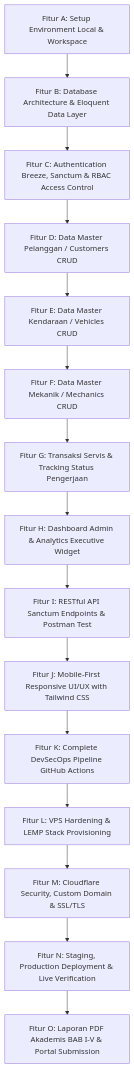
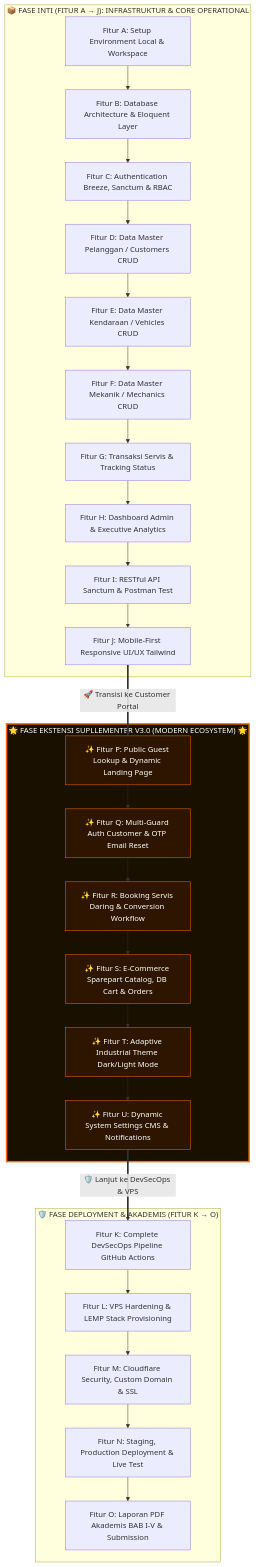
One commit to radityobw/SIBENGKEL changed the second of 3 diagrams in README.md. Above: the diagram before and after it, drawn with Mermaid. The commit also changed other lines of this file and 49 other files, not shown here.

First line of the commit message:
feat(ui/docs): implement adaptive dark mode, center admin forms & update PRD suplementer and README v3.0

````diff
--- a/README.md
+++ b/README.md
@@ -81,17 +128,51 @@
 ```mermaid
 flowchart TD
-    FiturA[Fitur A: Setup Environment Local & Workspace] --> FiturB[Fitur B: Database Architecture & Eloquent Data Layer]
-    FiturB --> FiturC[Fitur C: Authentication Breeze, Sanctum & RBAC Access Control]
-    FiturC --> FiturD[Fitur D: Data Master Pelanggan / Customers CRUD]
-    FiturD --> FiturE[Fitur E: Data Master Kendaraan / Vehicles CRUD]
-    FiturE --> FiturF[Fitur F: Data Master Mekanik / Mechanics CRUD]
-    FiturF --> FiturG[Fitur G: Transaksi Servis & Tracking Status Pengerjaan]
-    FiturG --> FiturH[Fitur H: Dashboard Admin & Analytics Executive Widget]
-    FiturH --> FiturI[Fitur I: RESTful API Sanctum Endpoints & Postman Test]
-    FiturI --> FiturJ[Fitur J: Mobile-First Responsive UI/UX with Tailwind CSS]
-    FiturJ --> FiturK[Fitur K: Complete DevSecOps Pipeline GitHub Actions]
-    FiturK --> FiturL[Fitur L: VPS Hardening & LEMP Stack Provisioning]
-    FiturL --> FiturM[Fitur M: Cloudflare Security, Custom Domain & SSL/TLS]
-    FiturM --> FiturN[Fitur N: Staging, Production Deployment & Live Verification]
-    FiturN --> FiturO[Fitur O: Laporan PDF Akademis BAB I-V & Portal Submission]
+    subgraph FASE_INTI_1 ["📦 FASE INTI (FITUR A → J): INFRASTRUKTUR & CORE OPERATIONAL"]
+        FiturA[Fitur A: Setup Environment Local & Workspace] --> FiturB[Fitur B: Database Architecture & Eloquent Layer]
+        FiturB --> FiturC[Fitur C: Authentication Breeze, Sanctum & RBAC]
+        FiturC --> FiturD[Fitur D: Data Master Pelanggan / Customers CRUD]
+        FiturD --> FiturE[Fitur E: Data Master Kendaraan / Vehicles CRUD]
+        FiturE --> FiturF[Fitur F: Data Master Mekanik / Mechanics CRUD]
+        FiturF --> FiturG[Fitur G: Transaksi Servis & Tracking Status]
+        FiturG --> FiturH[Fitur H: Dashboard Admin & Executive Analytics]
+        FiturH --> FiturI[Fitur I: RESTful API Sanctum & Postman Test]
+        FiturI --> FiturJ[Fitur J: Mobile-First Responsive UI/UX Tailwind]
+    end
+
+    subgraph FASE_EKSTENSI ["🌟 FASE EKSTENSI SUPLLEMENTER V3.0 (MODERN ECOSYSTEM) 🌟"]
+        FiturP["✨ Fitur P: Public Guest Lookup & Dynamic Landing Page"]
+        FiturQ["✨ Fitur Q: Multi-Guard Auth Customer & OTP Email Reset"]
+        FiturR["✨ Fitur R: Booking Servis Daring & Conversion Workflow"]
+        FiturS["✨ Fitur S: E-Commerce Sparepart Catalog, DB Cart & Orders"]
+        FiturT["✨ Fitur T: Adaptive Industrial Theme Dark/Light Mode"]
+        FiturU["✨ Fitur U: Dynamic System Settings CMS & Notifications"]
+    end
+
+    subgraph FASE_INTI_2 ["🛡️ FASE DEPLOYMENT & AKADEMIS (FITUR K → O)"]
+        FiturK[Fitur K: Complete DevSecOps Pipeline GitHub Actions]
+        FiturL[Fitur L: VPS Hardening & LEMP Stack Provisioning]
+        FiturM[Fitur M: Cloudflare Security, Custom Domain & SSL]
+        FiturN[Fitur N: Staging, Production Deployment & Live Test]
+        FiturO[Fitur O: Laporan PDF Akademis BAB I-V & Submission]
+    end
+
+    FiturJ ==> |"🚀 Transisi ke Customer Portal"| FiturP
+    FiturP --> FiturQ
+    FiturQ --> FiturR
+    FiturR --> FiturS
+    FiturS --> FiturT
+    FiturT --> FiturU
+    FiturU ==> |"🛡️ Lanjut ke DevSecOps & VPS"| FiturK
+    FiturK --> FiturL
+    FiturL --> FiturM
+    FiturM --> FiturN
+    FiturN --> FiturO
+
+    style FASE_EKSTENSI fill:#1a1000,stroke:#FF6B00,stroke-width:3px,color:#fff
+    style FiturP fill:#2d1500,stroke:#FF6B00,color:#fff
+    style FiturQ fill:#2d1500,stroke:#FF6B00,color:#fff
+    style FiturR fill:#2d1500,stroke:#FF6B00,color:#fff
+    style FiturS fill:#2d1500,stroke:#FF6B00,color:#fff
+    style FiturT fill:#2d1500,stroke:#FF6B00,color:#fff
+    style FiturU fill:#2d1500,stroke:#FF6B00,color:#fff
 ```
````
